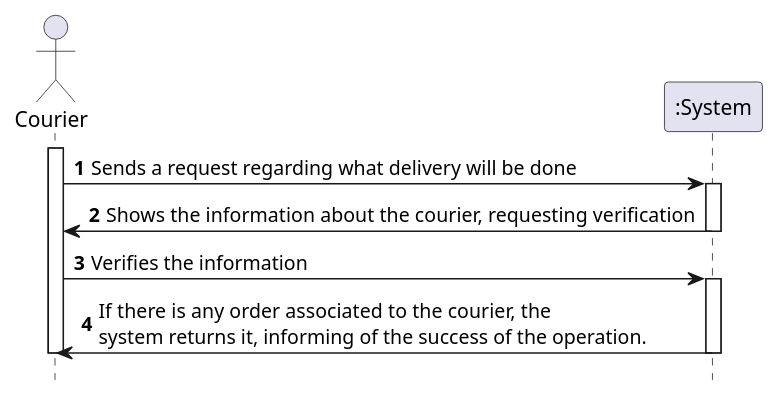
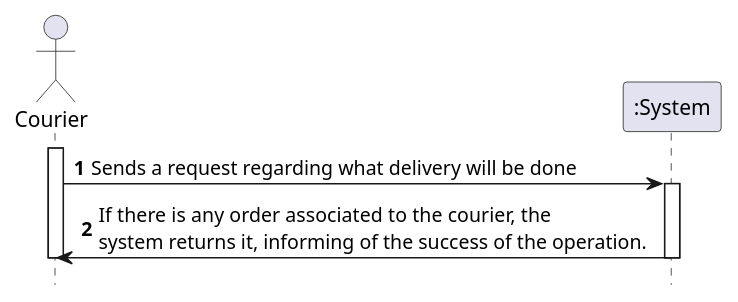
The diagram in docs/Iteration 1/Delivery Management/US48_KnowDelivery/US48_SSD.puml (tiagoavcosta25/LAPR3), drawn with PlantUML before and after one commit. The commit also changed 6 other files, not shown here.

```diff
--- a/docs/Iteration 1/Delivery Management/US48_KnowDelivery/US48_SSD.puml
+++ b/docs/Iteration 1/Delivery Management/US48_KnowDelivery/US48_SSD.puml
@@ -1,23 +1,18 @@
 @startuml
 autonumber
 hide footbox
 
 actor "Courier" as COUR
 
 participant ":System" as SYST
 
 activate COUR
 
 COUR -> SYST : Sends a request regarding what delivery will be done
 activate SYST
-SYST -> COUR : Shows the information about the courier, requesting verification
-deactivate SYST
-
-COUR -> SYST : Verifies the information
-activate SYST
 SYST -> COUR : If there is any order associated to the courier, the \nsystem returns it, informing of the success of the operation.
 deactivate SYST
 
 deactivate COUR
 
 @enduml
```
